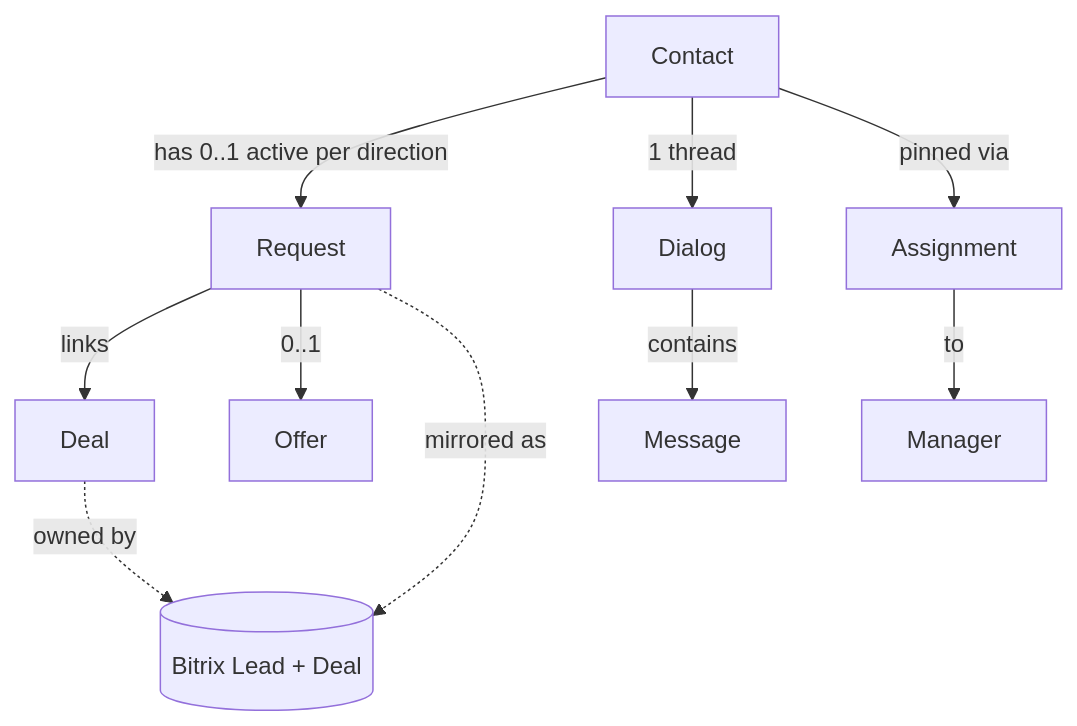
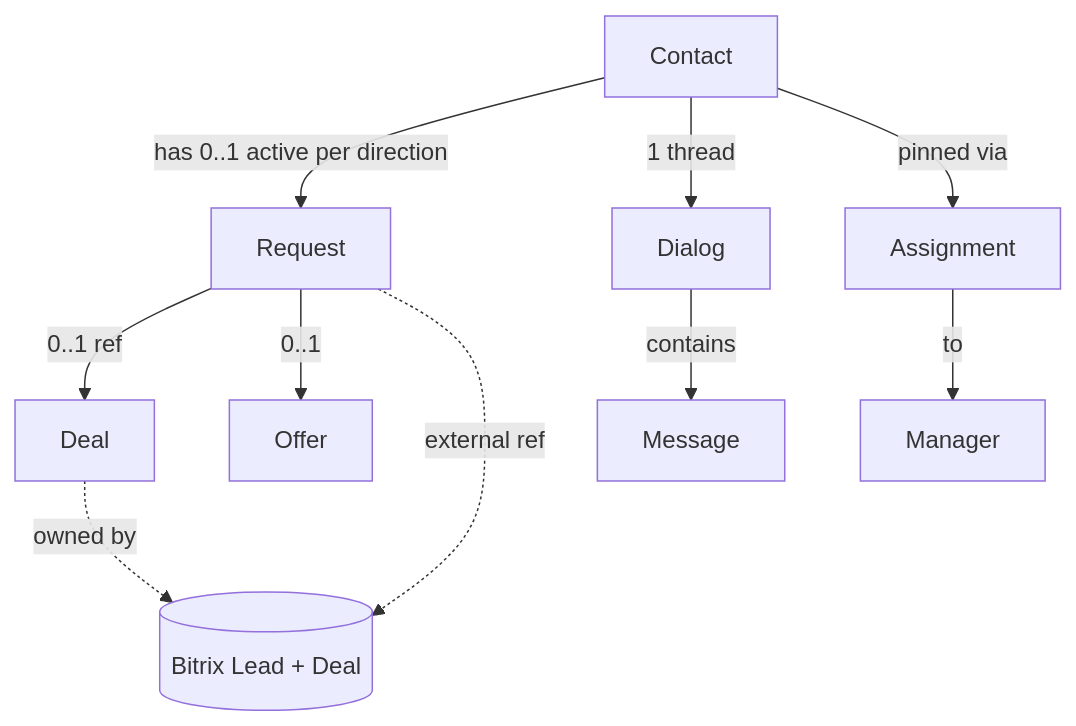
The first of 5 diagrams in docs/architecture/TARGET_DESIGN_PHASE2.md (Ulfacar/frunze-travel-bot), drawn with Mermaid before and after one commit. The commit also changed other lines of this file, not shown here.

Commit message:
docs: address phase 2 architecture review findings

````diff
--- a/docs/architecture/TARGET_DESIGN_PHASE2.md
+++ b/docs/architecture/TARGET_DESIGN_PHASE2.md
@@ -40,12 +49,12 @@
 ```mermaid
 flowchart TD
   Contact -->|has 0..1 active per direction| Request
   Contact -->|1 thread| Dialog
-  Request -->|links| Deal
+  Request -->|0..1 ref| Deal
   Request -->|0..1| Offer
   Dialog -->|contains| Message
   Contact -->|pinned via| Assignment
   Assignment -->|to| Manager
-  Request -. mirrored as .-> BitrixLeadDeal[(Bitrix Lead + Deal)]
+  Request -. external ref .-> BitrixLeadDeal[(Bitrix Lead + Deal)]
   Deal -. owned by .-> BitrixLeadDeal
 ```
````
